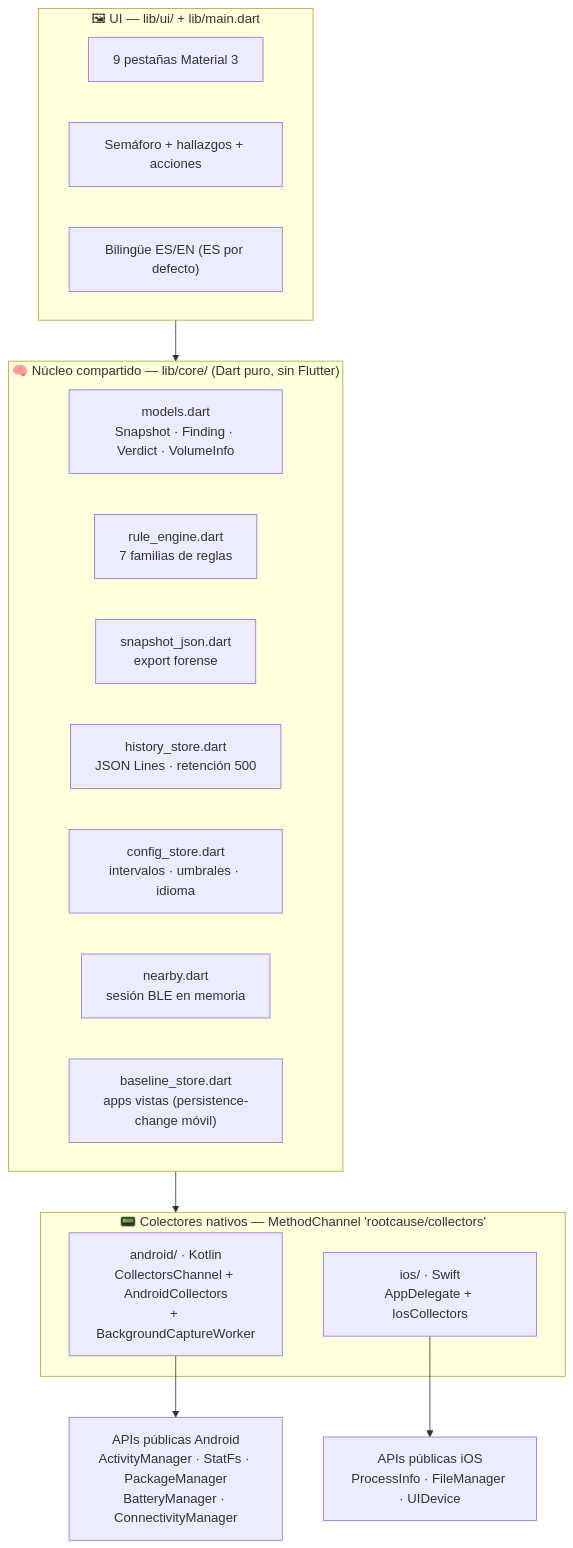
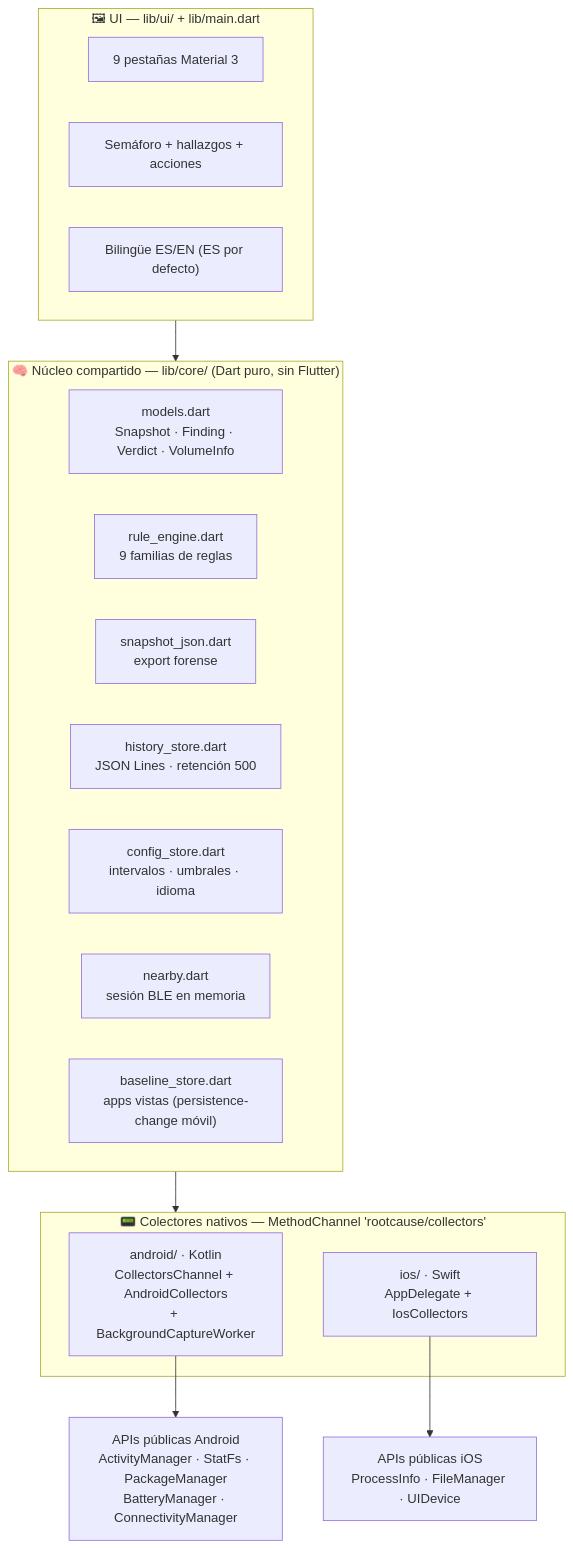
The first of 2 diagrams in docs/ARCHITECTURE.md (vladimiracunadev-create/rootcause-mobile-inspector), drawn with Mermaid before and after one commit. The commit also changed other lines of this file and 5 other files, not shown here.

````diff
--- a/docs/ARCHITECTURE.md
+++ b/docs/ARCHITECTURE.md
@@ -7,28 +7,28 @@
 ```mermaid
 flowchart TB
     subgraph UI["🖼 UI — lib/ui/ + lib/main.dart"]
         TABS["9 pestañas Material 3"]
         SEM["Semáforo + hallazgos + acciones"]
         I18N["Bilingüe ES/EN (ES por defecto)"]
     end
 
     subgraph CORE["🧠 Núcleo compartido — lib/core/ (Dart puro, sin Flutter)"]
         MODELS["models.dart<br/>Snapshot · Finding · Verdict · VolumeInfo"]
-        ENGINE["rule_engine.dart<br/>7 familias de reglas"]
+        ENGINE["rule_engine.dart<br/>9 familias de reglas"]
         JSON["snapshot_json.dart<br/>export forense"]
         HIST["history_store.dart<br/>JSON Lines · retención 500"]
         CFG["config_store.dart<br/>intervalos · umbrales · idioma"]
         NEAR["nearby.dart<br/>sesión BLE en memoria"]
         BASE["baseline_store.dart<br/>apps vistas (persistence-change móvil)"]
     end
 
     subgraph NATIVE["📟 Colectores nativos — MethodChannel 'rootcause/collectors'"]
         KT["android/ · Kotlin<br/>CollectorsChannel + AndroidCollectors<br/>+ BackgroundCaptureWorker"]
         SW["ios/ · Swift<br/>AppDelegate + IosCollectors"]
     end
 
     UI --> CORE
     CORE --> NATIVE
     KT --> API_A["APIs públicas Android<br/>ActivityManager · StatFs · PackageManager<br/>BatteryManager · ConnectivityManager"]
     SW --> API_I["APIs públicas iOS<br/>ProcessInfo · FileManager · UIDevice"]
 ```
````
